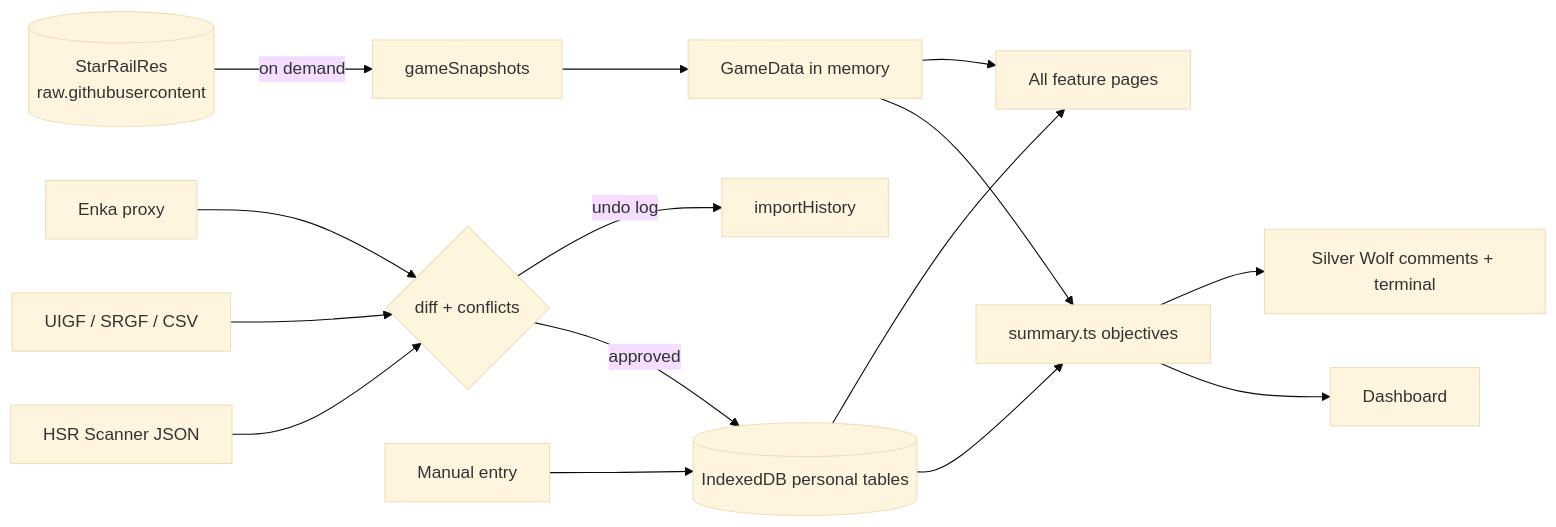
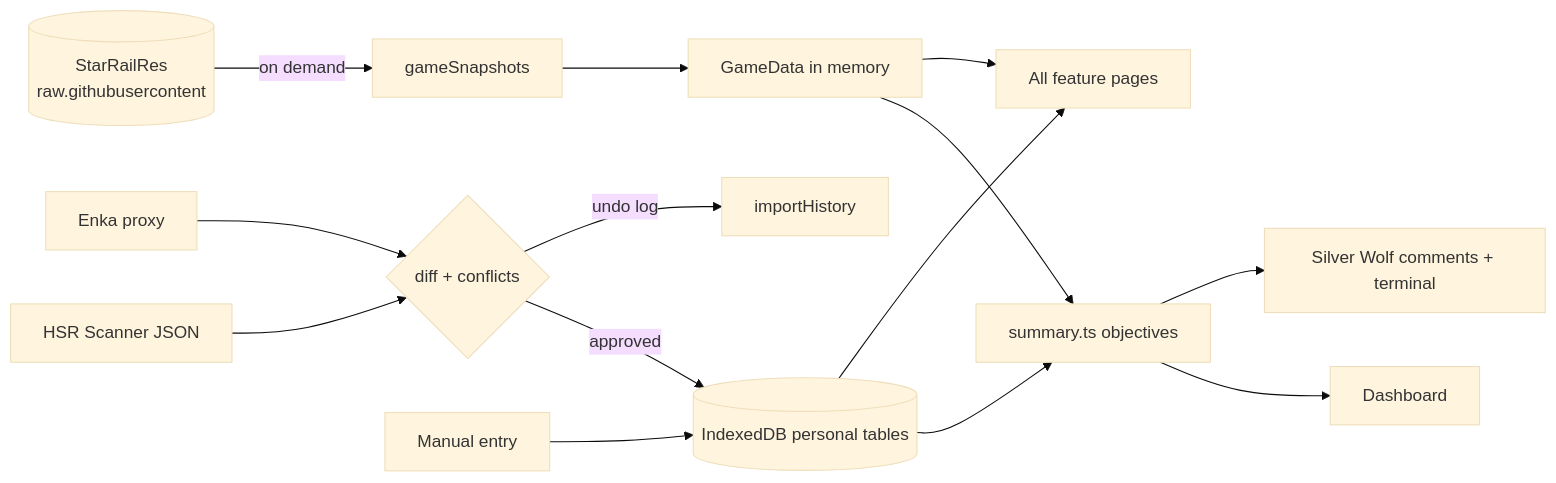
The first of 2 diagrams in docs/01-architecture.md (bendroflumethiazide/Silver-Wolf-Bot), drawn with Mermaid (base theme) before and after one commit. The commit also changed other lines of this file and 25 other files, not shown here.

````diff
--- a/docs/01-architecture.md
+++ b/docs/01-architecture.md
@@ -62,17 +62,16 @@
 ```mermaid
 flowchart LR
   SRR[(StarRailRes<br/>raw.githubusercontent)] -- on demand --> SNAP[gameSnapshots]
   SNAP --> GD[GameData in memory]
   SCAN[HSR Scanner JSON] --> DIFF{diff + conflicts}
-  UIGF[UIGF / SRGF / CSV] --> DIFF
   ENKA[Enka proxy] --> DIFF
   MANUAL[Manual entry] --> DB
   DIFF -- approved --> DB[(IndexedDB personal tables)]
   DIFF -- undo log --> HIST[importHistory]
   DB --> SUM[summary.ts objectives]
   GD --> SUM
   SUM --> DASH[Dashboard]
   SUM --> SW[Silver Wolf comments + terminal]
   DB --> PAGES[All feature pages]
   GD --> PAGES
 ```
````
